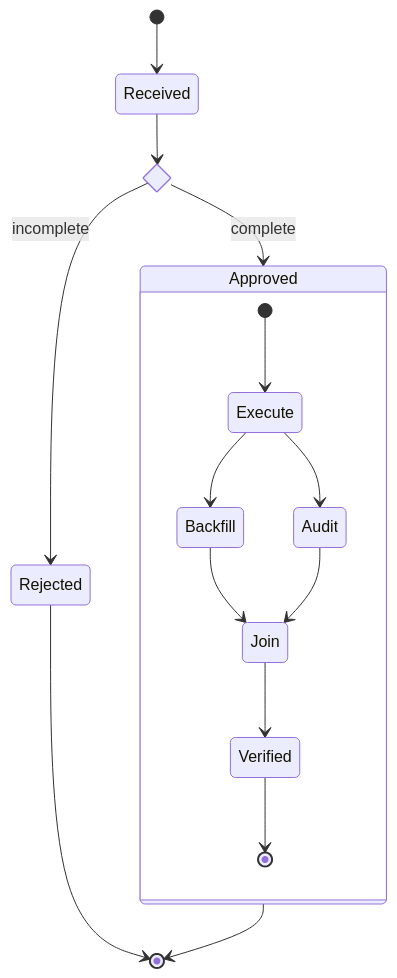
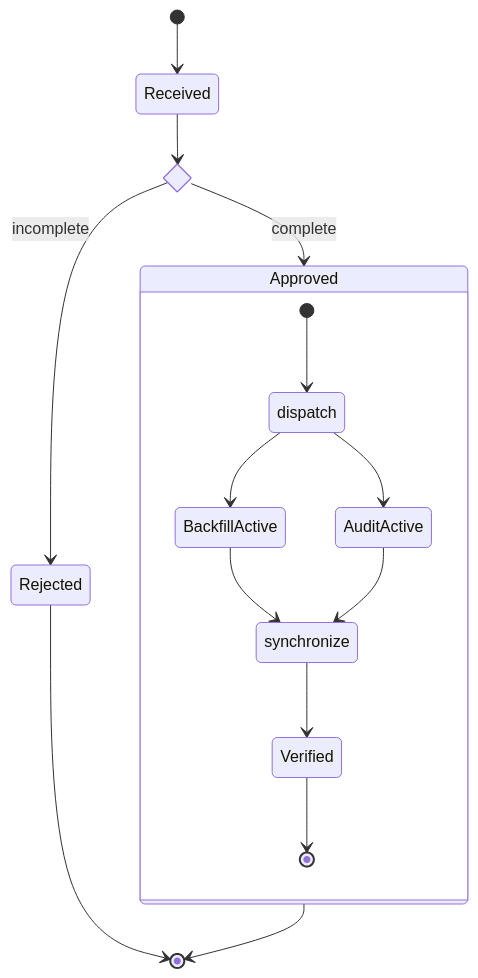
The second of 5 diagrams in src/rulesync/.rulesync/skills/mols-mermaid-diagram/references/examples/state-diagram.md (mols3131d/mols-agent-assets), drawn with Mermaid before and after one commit. The commit also changed other lines of this file, not shown here.

Commit message:
docs(mermaid): align state example with state semantics

````diff
--- a/src/rulesync/.rulesync/skills/mols-mermaid-diagram/references/examples/state-diagram.md
+++ b/src/rulesync/.rulesync/skills/mols-mermaid-diagram/references/examples/state-diagram.md
@@ -43,23 +43,23 @@
 ```mermaid
 stateDiagram-v2
     state evidence_check <<choice>>
     [*] --> Received
     Received --> evidence_check
     evidence_check --> Rejected: incomplete
     evidence_check --> Approved: complete
 
     state Approved {
-        [*] --> Execute
-        state Execute <<fork>>
-        Execute --> Backfill
-        Execute --> Audit
-        Backfill --> Join
-        Audit --> Join
-        state Join <<join>>
-        Join --> Verified
+        [*] --> dispatch
+        state dispatch <<fork>>
+        dispatch --> BackfillActive
+        dispatch --> AuditActive
+        BackfillActive --> synchronize
+        AuditActive --> synchronize
+        state synchronize <<join>>
+        synchronize --> Verified
         Verified --> [*]
     }
 
     Rejected --> [*]
     Approved --> [*]
 ```
````
